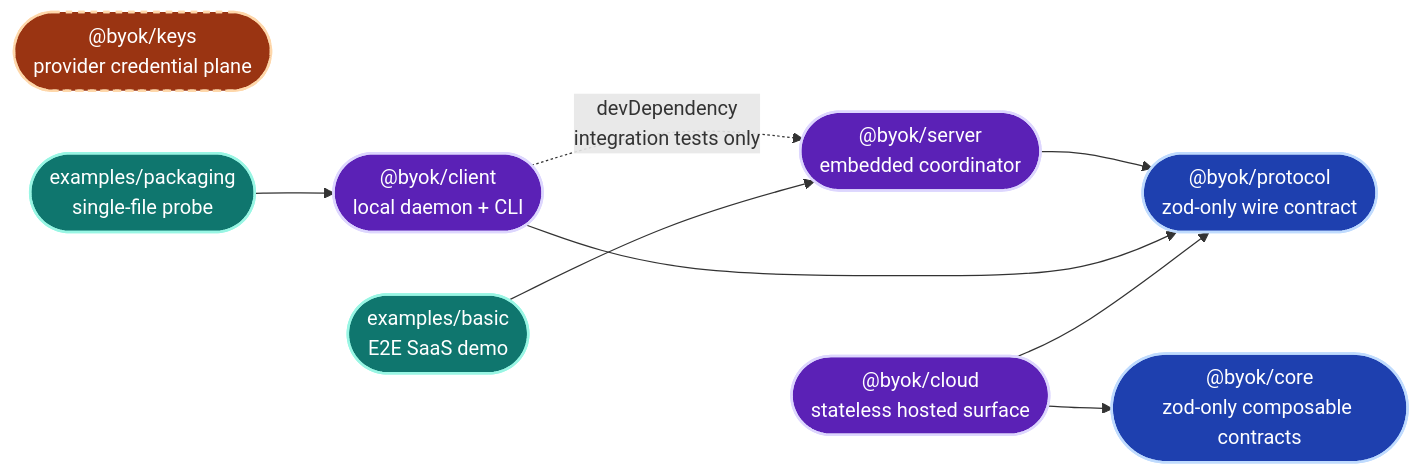
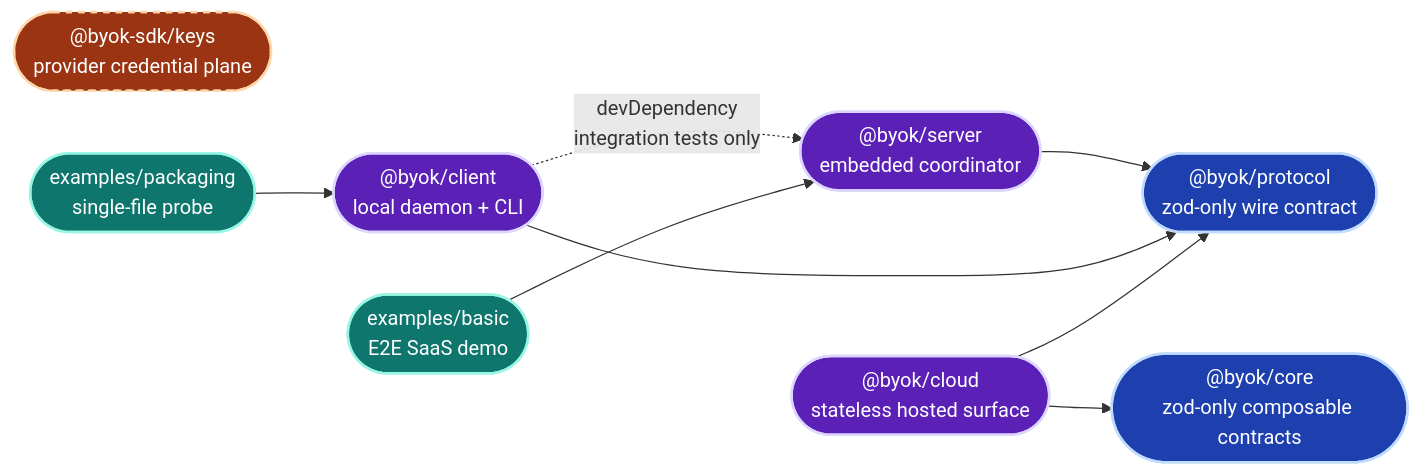
The second of 23 diagrams in docs/architecture/sdk-architecture.md (Ancienttwo/byok-sdk), drawn with Mermaid before and after one commit. The commit also changed other lines of this file and 16 other files, not shown here.

Commit message:
fix(keys): publish under @byok-sdk scope (#30)

````diff
--- a/docs/architecture/sdk-architecture.md
+++ b/docs/architecture/sdk-architecture.md
@@ -103,27 +103,27 @@
 ```mermaid
 flowchart LR
   classDef contract fill:#1e40af,stroke:#bfdbfe,stroke-width:2px,color:#fff
   classDef runtime fill:#5b21b6,stroke:#ddd6fe,stroke-width:2px,color:#fff
   classDef key fill:#9a3412,stroke:#fed7aa,stroke-width:2px,color:#fff
   classDef example fill:#0f766e,stroke:#99f6e4,stroke-width:2px,color:#fff
   classDef dev fill:#374151,stroke:#d1d5db,stroke-width:2px,color:#fff
 
   Protocol(["@byok/protocol<br/>zod-only wire contract"]):::contract
   Server(["@byok/server<br/>embedded coordinator"]):::runtime
   Client(["@byok/client<br/>local daemon + CLI"]):::runtime
-  Keys(["@byok/keys<br/>provider credential plane"]):::key
+  Keys(["@byok-sdk/keys<br/>provider credential plane"]):::key
   Core(["@byok/core<br/>zod-only composable contracts"]):::contract
   Cloud(["@byok/cloud<br/>stateless hosted surface"]):::runtime
   Basic(["examples/basic<br/>E2E SaaS demo"]):::example
   Packaging(["examples/packaging<br/>single-file probe"]):::example
 
   Server --> Protocol
   Client --> Protocol
   Cloud --> Core
   Cloud --> Protocol
   Client -.->|"devDependency<br/>integration tests only"| Server
   Basic --> Server
   Packaging --> Client
 
   style Keys stroke-dasharray:5 5
 ```
````
